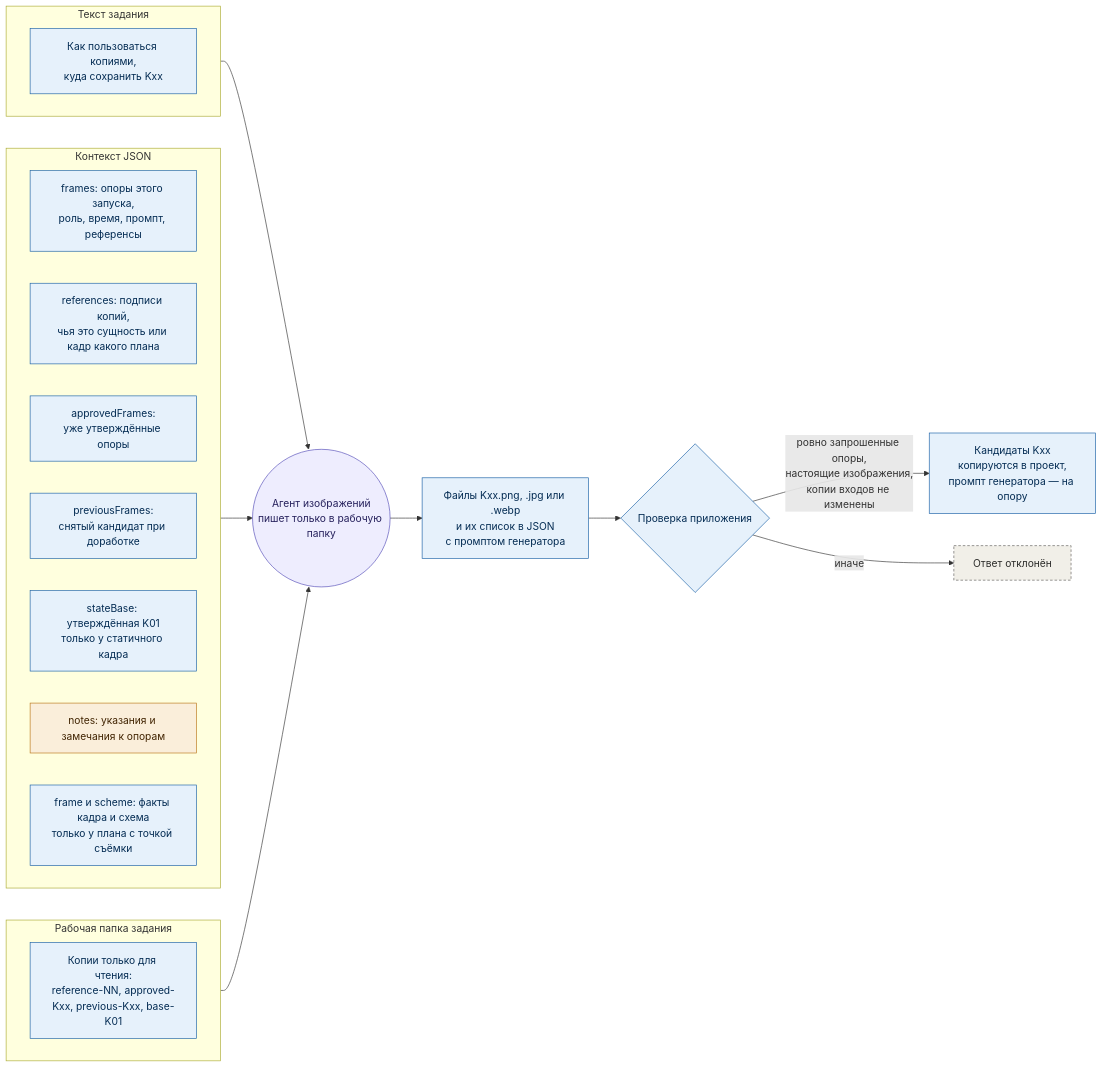
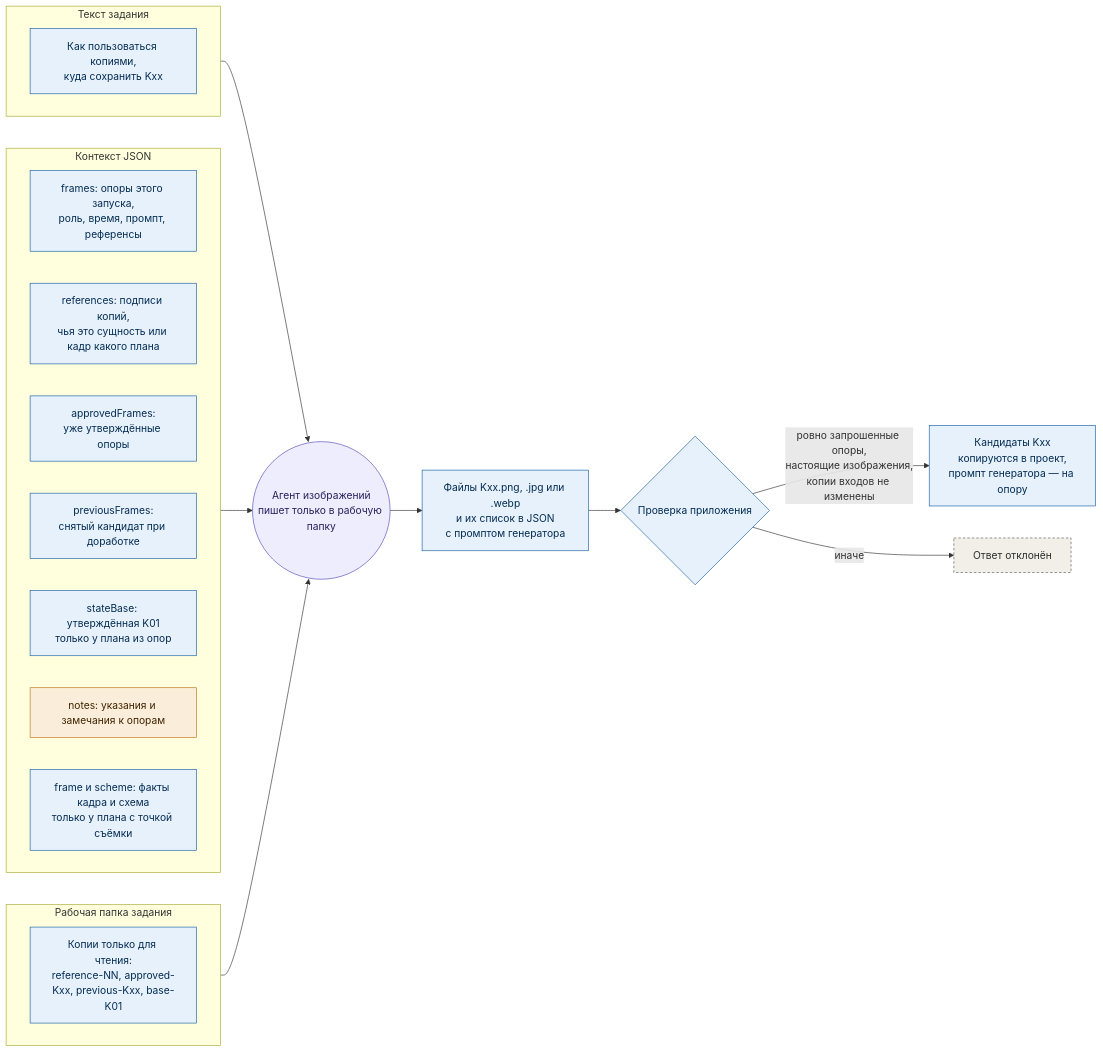
One commit to ai-animation-tools/songframe changed the eighth of 10 diagrams in docs/production-map.md. Above: the diagram before and after it, drawn with Mermaid. The commit also changed other lines of this file and 93 other files, not shown here.

First line of the commit message:
Вид плана «Статичный кадр» переименован в «Сборка из опор»

````diff
--- a/docs/production-map.md
+++ b/docs/production-map.md
@@ -324,38 +324,38 @@
 ```mermaid
 flowchart LR
   subgraph task["Текст задания"]
     direction LR
     howto["Как пользоваться копиями,<br/>куда сохранить Kxx"]
   end
   subgraph context["Контекст JSON"]
     direction LR
     list["frames: опоры этого запуска,<br/>роль, время, промпт, референсы"]
     refs["references: подписи копий,<br/>чья это сущность или кадр какого плана"]
     approved["approvedFrames:<br/>уже утверждённые опоры"]
     previous["previousFrames:<br/>снятый кандидат при доработке"]
-    base["stateBase: утверждённая K01<br/>только у статичного кадра"]
+    base["stateBase: утверждённая K01<br/>только у плана из опор"]
     notes["notes: указания и замечания к опорам"]
     layout["frame и scheme: факты кадра и схема<br/>только у плана с точкой съёмки"]
   end
   subgraph work["Рабочая папка задания"]
     direction LR
     copies["Копии только для чтения:<br/>reference-NN, approved-Kxx, previous-Kxx, base-K01"]
   end
   task --> agent(("Агент изображений<br/>пишет только в рабочую папку"))
   context --> agent
   work --> agent
   agent --> files["Файлы Kxx.png, .jpg или .webp<br/>и их список в JSON<br/>с промптом генератора"]
   files --> check{"Проверка приложения"}
   check -- "ровно запрошенные опоры,<br/>настоящие изображения,<br/>копии входов не изменены" --> candidate["Кандидаты Kxx<br/>копируются в проект,<br/>промпт генератора — на опору"]
   check -- "иначе" --> rejected["Ответ отклонён"]
 
   class howto,list,refs,approved,previous,base,layout,copies app
   class notes user
   class agent agent
   class files,check,candidate app
   class rejected bad
   classDef user fill:#FAEEDA,stroke:#BA7517,color:#412402
   classDef agent fill:#EEEDFE,stroke:#534AB7,color:#26215C
   classDef app fill:#E6F1FB,stroke:#185FA5,color:#042C53
   classDef bad fill:#F1EFE8,stroke:#5F5E5A,color:#2C2C2A,stroke-dasharray:4 3
 ```
````
